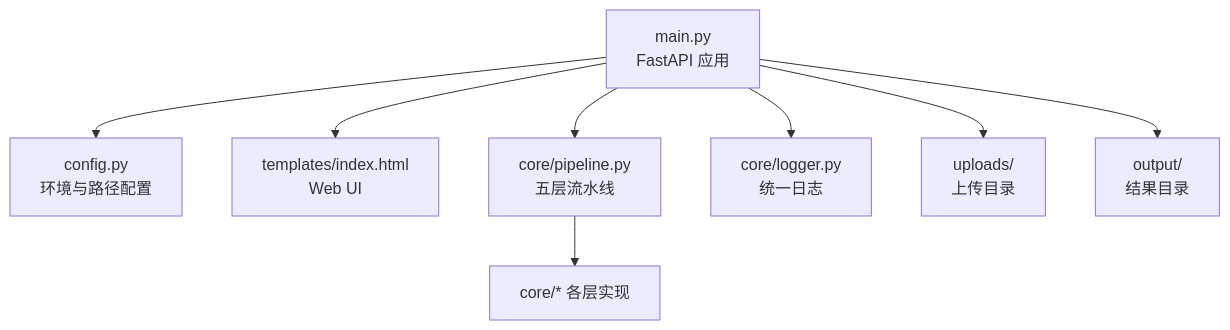
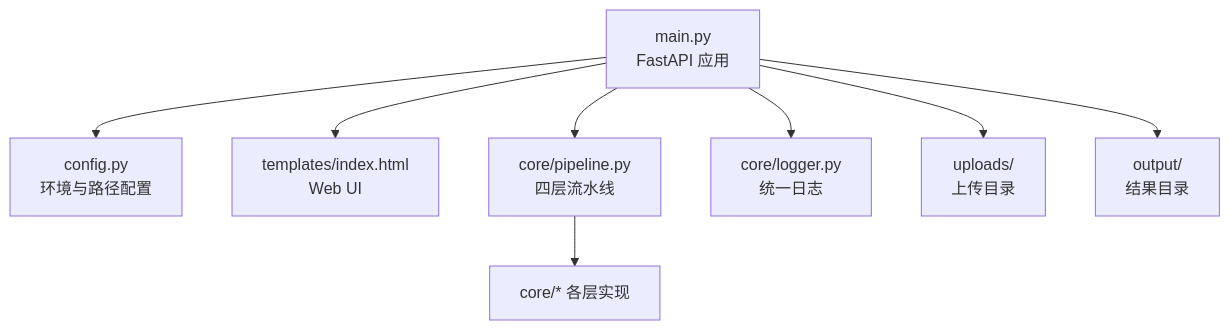
Before and after one commit to Frankynwa/photo-rank: the first of 3 diagrams in wiki/快速开始.md, drawn with Mermaid. The commit also changed other lines of this file and 7 other files, not shown here.

````diff
--- a/wiki/快速开始.md
+++ b/wiki/快速开始.md
@@ -39,10 +39,10 @@
 ```mermaid
 graph TB
 A["main.py<br/>FastAPI 应用"] --> B["config.py<br/>环境与路径配置"]
 A --> C["templates/index.html<br/>Web UI"]
-A --> D["core/pipeline.py<br/>五层流水线"]
+A --> D["core/pipeline.py<br/>四层流水线"]
 A --> E["core/logger.py<br/>统一日志"]
 D --> F["core/* 各层实现"]
 A --> G["uploads/<br/>上传目录"]
 A --> H["output/<br/>结果目录"]
 ```
````
